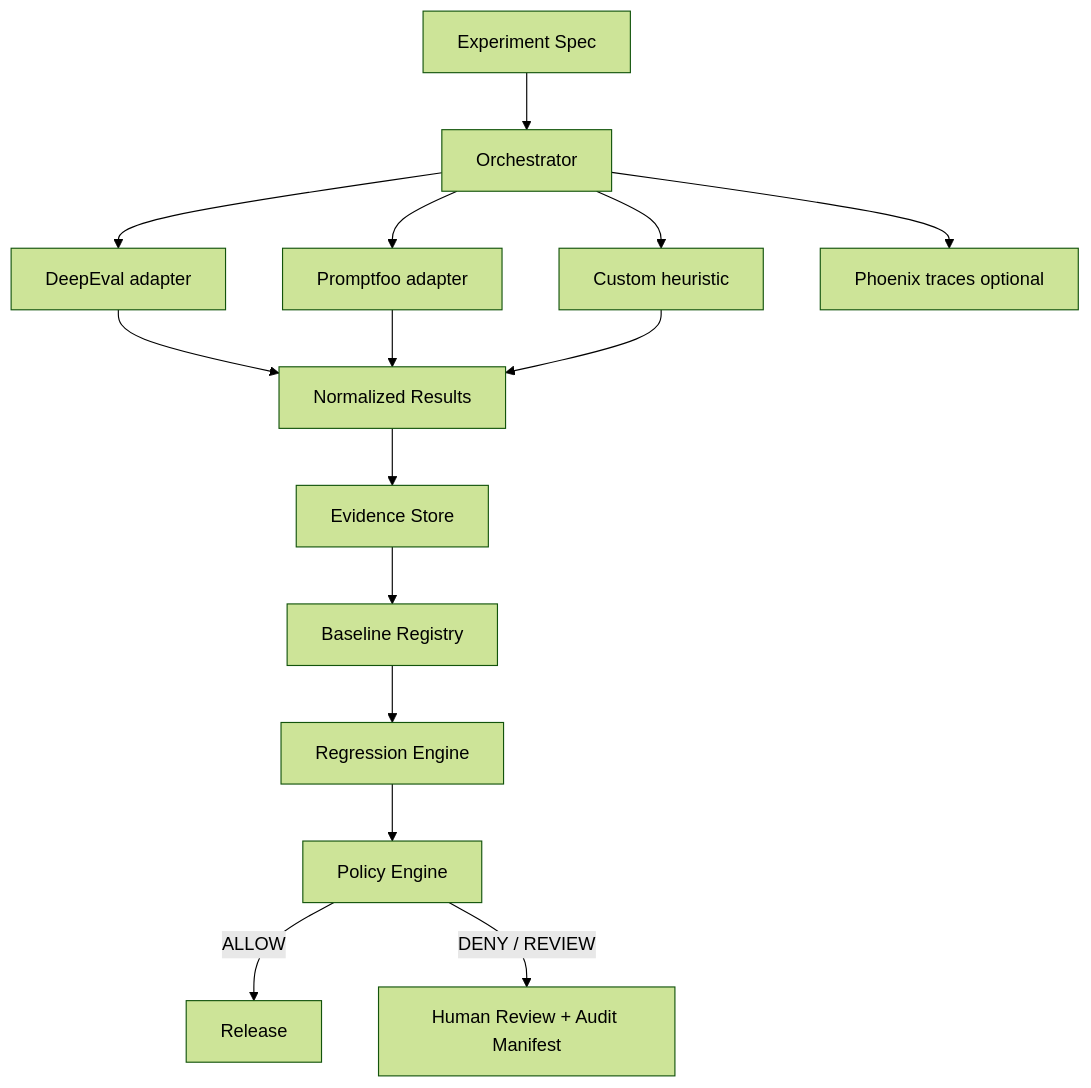
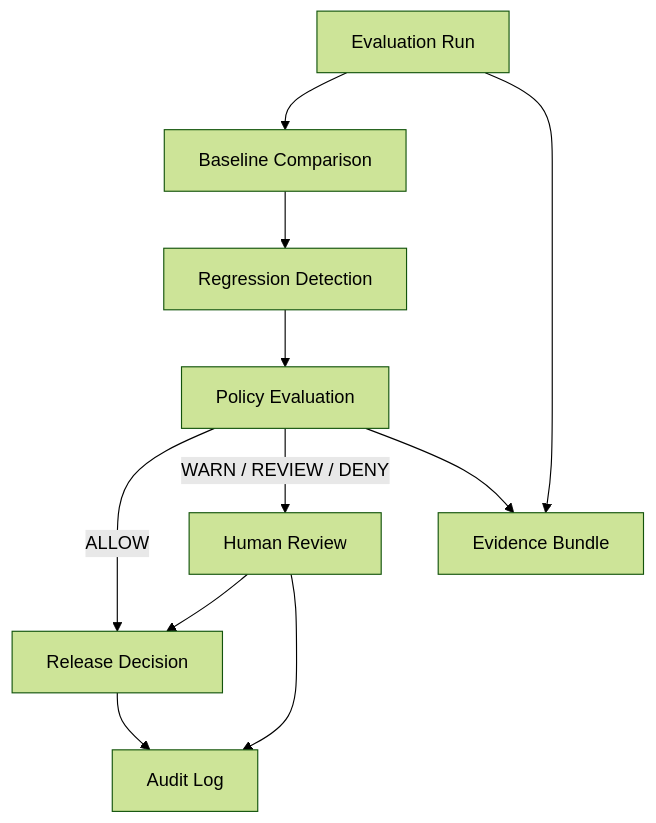
Before and after one commit to Kozphy/EvalForge: the diagram in README.md, drawn with Mermaid (forest theme). The commit also changed other lines of this file and 17 other files, not shown here.

````diff
--- a/README.md
+++ b/README.md
@@ -55,17 +58,13 @@
 ```mermaid
 flowchart TB
-  Spec[Experiment Spec] --> Orch[Orchestrator]
-  Orch --> DE[DeepEval adapter]
-  Orch --> PF[Promptfoo adapter]
-  Orch --> CU[Custom heuristic]
-  Orch --> PX[Phoenix traces optional]
-  DE --> Norm[Normalized Results]
-  PF --> Norm
-  CU --> Norm
-  Norm --> Ev[Evidence Store]
-  Ev --> Base[Baseline Registry]
-  Base --> Reg[Regression Engine]
-  Reg --> Pol[Policy Engine]
-  Pol -->|ALLOW| Release[Release]
-  Pol -->|DENY / REVIEW| Human[Human Review + Audit Manifest]
+  Eval[Evaluation Run] --> Base[Baseline Comparison]
+  Base --> Reg[Regression Detection]
+  Reg --> Pol[Policy Evaluation]
+  Pol -->|ALLOW| Rel[Release Decision]
+  Pol -->|WARN / REVIEW / DENY| Hum[Human Review]
+  Hum --> Rel
+  Eval --> Ev[Evidence Bundle]
+  Pol --> Ev
+  Hum --> Aud[Audit Log]
+  Rel --> Aud
 ```
````
